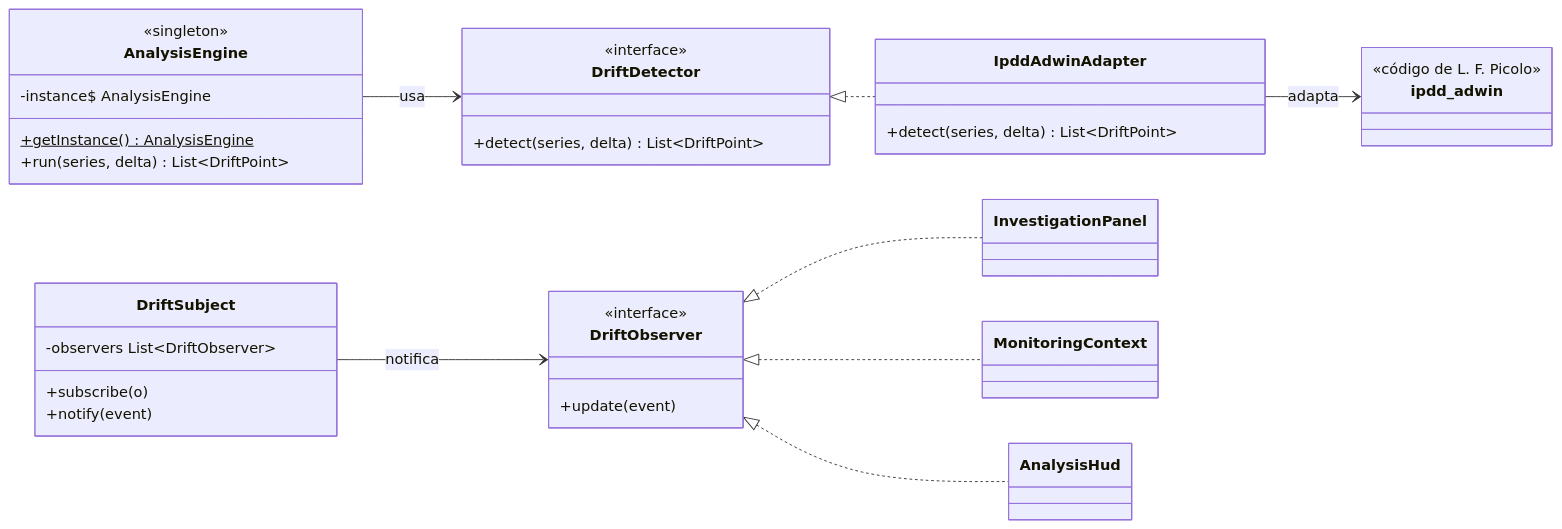
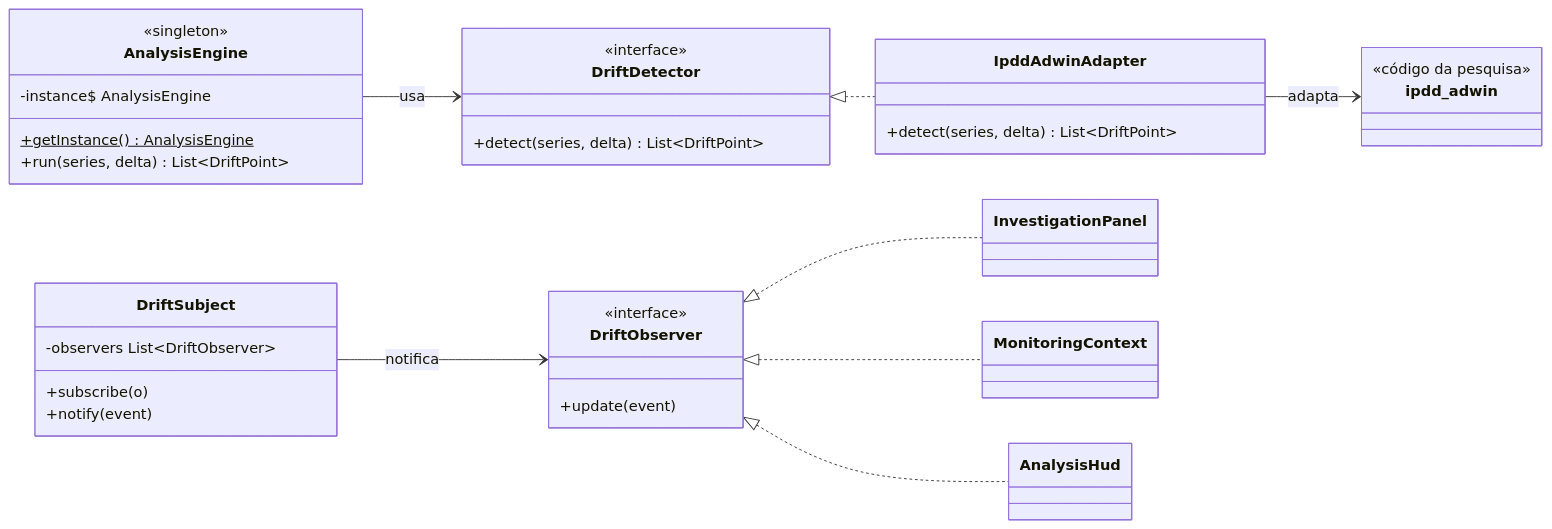
Diagram 13 of 13 in architecture/arc42.md (aland3r/deviante-docs), drawn with Mermaid before and after one commit. The commit also changed other lines of this file, not shown here.

````diff
--- a/architecture/arc42.md
+++ b/architecture/arc42.md
@@ -865,39 +860,39 @@
 ```mermaid
 classDiagram
     direction LR
     class DriftDetector {
       <<interface>>
       +detect(series, delta) List~DriftPoint~
     }
     class IpddAdwinAdapter {
       +detect(series, delta) List~DriftPoint~
     }
     class ipdd_adwin {
-      <<código de L. F. Picolo>>
+      <<código da pesquisa>>
     }
     class AnalysisEngine {
       <<singleton>>
       -instance$ AnalysisEngine
       +getInstance()$ AnalysisEngine
       +run(series, delta) List~DriftPoint~
     }
     class DriftSubject {
       -observers List~DriftObserver~
       +subscribe(o)
       +notify(event)
     }
     class DriftObserver {
       <<interface>>
       +update(event)
     }
     class InvestigationPanel
     class MonitoringContext
     class AnalysisHud
     AnalysisEngine --> DriftDetector : usa
     DriftDetector <|.. IpddAdwinAdapter
     IpddAdwinAdapter --> ipdd_adwin : adapta
     DriftSubject --> DriftObserver : notifica
     DriftObserver <|.. InvestigationPanel
     DriftObserver <|.. MonitoringContext
     DriftObserver <|.. AnalysisHud
 ```
````
